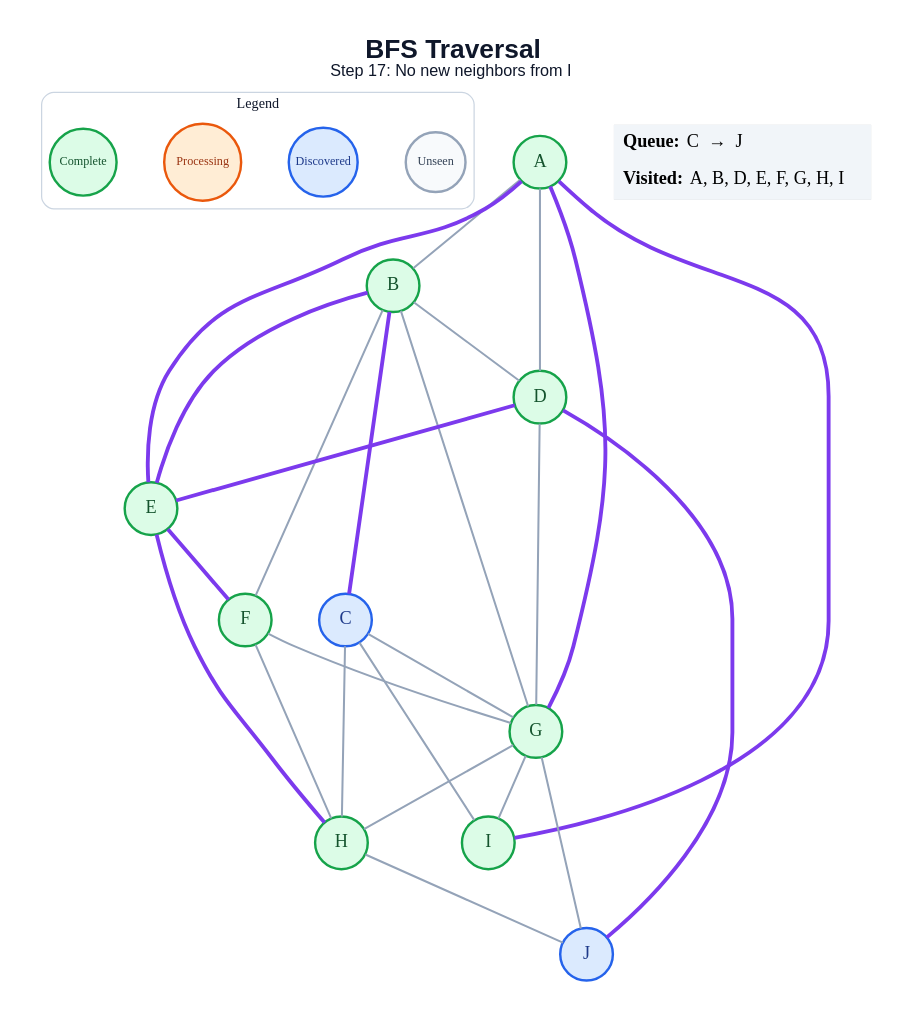
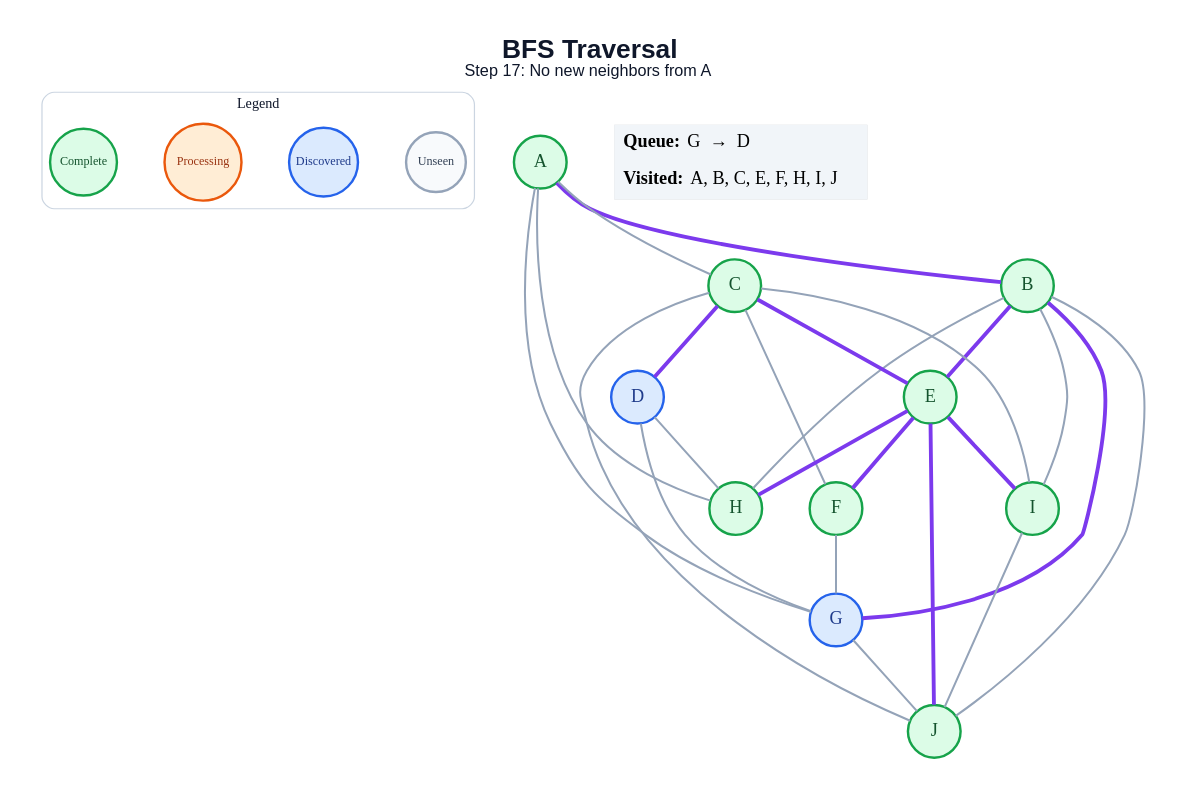
The diagram in generated/specific-node/bfs/step_17.dot (amanghodawala9/ai-slop), drawn with Graphviz before and after one commit. The commit also changed 178 other files, not shown here.

```diff
--- a/generated/specific-node/bfs/step_17.dot
+++ b/generated/specific-node/bfs/step_17.dot
@@ -1,53 +1,52 @@
 graph traversal {
   graph [layout=dot, rankdir=TB, bgcolor="#FFFFFF", pad="0.35", nodesep="0.65", ranksep="0.8", fontname="Arial"];
   node [shape=circle, style="filled", fontname="Arial Bold", fontsize=18, width=0.72, fixedsize=true, penwidth=2.4];
   edge [color="#94A3B8", penwidth=2.0];
-  label=<<B>BFS Traversal</B><BR/><FONT POINT-SIZE="16">Step 17: No new neighbors from I</FONT>>; labelloc="t"; fontsize=26; fontname="Arial"; fontcolor="#0F172A";
+  label=<<B>BFS Traversal</B><BR/><FONT POINT-SIZE="16">Step 17: No new neighbors from A</FONT>>; labelloc="t"; fontsize=26; fontname="Arial"; fontcolor="#0F172A";
   subgraph cluster_legend { label="Legend"; color="#CBD5E1"; penwidth=1.2; style="rounded"; fontsize=14; fontname="Arial Bold";
     key_unseen [label="Unseen", fillcolor="#F8FAFC", color="#94A3B8", fontcolor="#334155", fontsize=12, width=0.82];
     key_frontier [label="Discovered", fillcolor="#DBEAFE", color="#2563EB", fontcolor="#1E3A8A", fontsize=12, width=0.95];
     key_current [label="Processing", fillcolor="#FFEDD5", color="#EA580C", fontcolor="#9A3412", fontsize=12, width=1.05];
     key_done [label="Complete", fillcolor="#DCFCE7", color="#16A34A", fontcolor="#14532D", fontsize=12, width=0.92];
     { rank=same; key_unseen; key_frontier; key_current; key_done; }
   }
   A [fillcolor="#DCFCE7", color="#16A34A", fontcolor="#14532D"];
   B [fillcolor="#DCFCE7", color="#16A34A", fontcolor="#14532D"];
-  C [fillcolor="#DBEAFE", color="#2563EB", fontcolor="#1E3A8A"];
-  D [fillcolor="#DCFCE7", color="#16A34A", fontcolor="#14532D"];
+  C [fillcolor="#DCFCE7", color="#16A34A", fontcolor="#14532D"];
+  D [fillcolor="#DBEAFE", color="#2563EB", fontcolor="#1E3A8A"];
   E [fillcolor="#DCFCE7", color="#16A34A", fontcolor="#14532D"];
   F [fillcolor="#DCFCE7", color="#16A34A", fontcolor="#14532D"];
-  G [fillcolor="#DCFCE7", color="#16A34A", fontcolor="#14532D"];
+  G [fillcolor="#DBEAFE", color="#2563EB", fontcolor="#1E3A8A"];
   H [fillcolor="#DCFCE7", color="#16A34A", fontcolor="#14532D"];
   I [fillcolor="#DCFCE7", color="#16A34A", fontcolor="#14532D"];
-  J [fillcolor="#DBEAFE", color="#2563EB", fontcolor="#1E3A8A"];
-  A -- B;
-  A -- D;
-  A -- E [color="#7C3AED", penwidth=3.8];
-  A -- G [color="#7C3AED", penwidth=3.8];
-  A -- I [color="#7C3AED", penwidth=3.8];
-  B -- C [color="#7C3AED", penwidth=3.8];
-  B -- D;
+  J [fillcolor="#DCFCE7", color="#16A34A", fontcolor="#14532D"];
+  A -- B [color="#7C3AED", penwidth=3.8];
+  A -- C;
+  A -- G;
+  A -- H;
   B -- E [color="#7C3AED", penwidth=3.8];
-  B -- F;
-  B -- G;
-  C -- G;
-  C -- H;
+  B -- G [color="#7C3AED", penwidth=3.8];
+  B -- H;
+  B -- I;
+  B -- J;
+  C -- D [color="#7C3AED", penwidth=3.8];
+  C -- E [color="#7C3AED", penwidth=3.8];
+  C -- F;
   C -- I;
-  D -- E [color="#7C3AED", penwidth=3.8];
+  C -- J;
   D -- G;
-  D -- J [color="#7C3AED", penwidth=3.8];
+  D -- H;
   E -- F [color="#7C3AED", penwidth=3.8];
   E -- H [color="#7C3AED", penwidth=3.8];
+  E -- I [color="#7C3AED", penwidth=3.8];
+  E -- J [color="#7C3AED", penwidth=3.8];
   F -- G;
-  F -- H;
-  G -- H;
-  G -- I;
   G -- J;
-  H -- J;
+  I -- J;
   status [shape=plain, fixedsize=false, width=0, height=0, margin=0, label=<
     <TABLE BORDER="0" CELLBORDER="0" CELLPADDING="7" BGCOLOR="#F1F5F9">
-      <TR><TD ALIGN="LEFT"><B>Queue:</B> C  →  J</TD></TR>
-      <TR><TD ALIGN="LEFT"><B>Visited:</B> A, B, D, E, F, G, H, I</TD></TR>
+      <TR><TD ALIGN="LEFT"><B>Queue:</B> G  →  D</TD></TR>
+      <TR><TD ALIGN="LEFT"><B>Visited:</B> A, B, C, E, F, H, I, J</TD></TR>
     </TABLE>
   >];
 }
```
